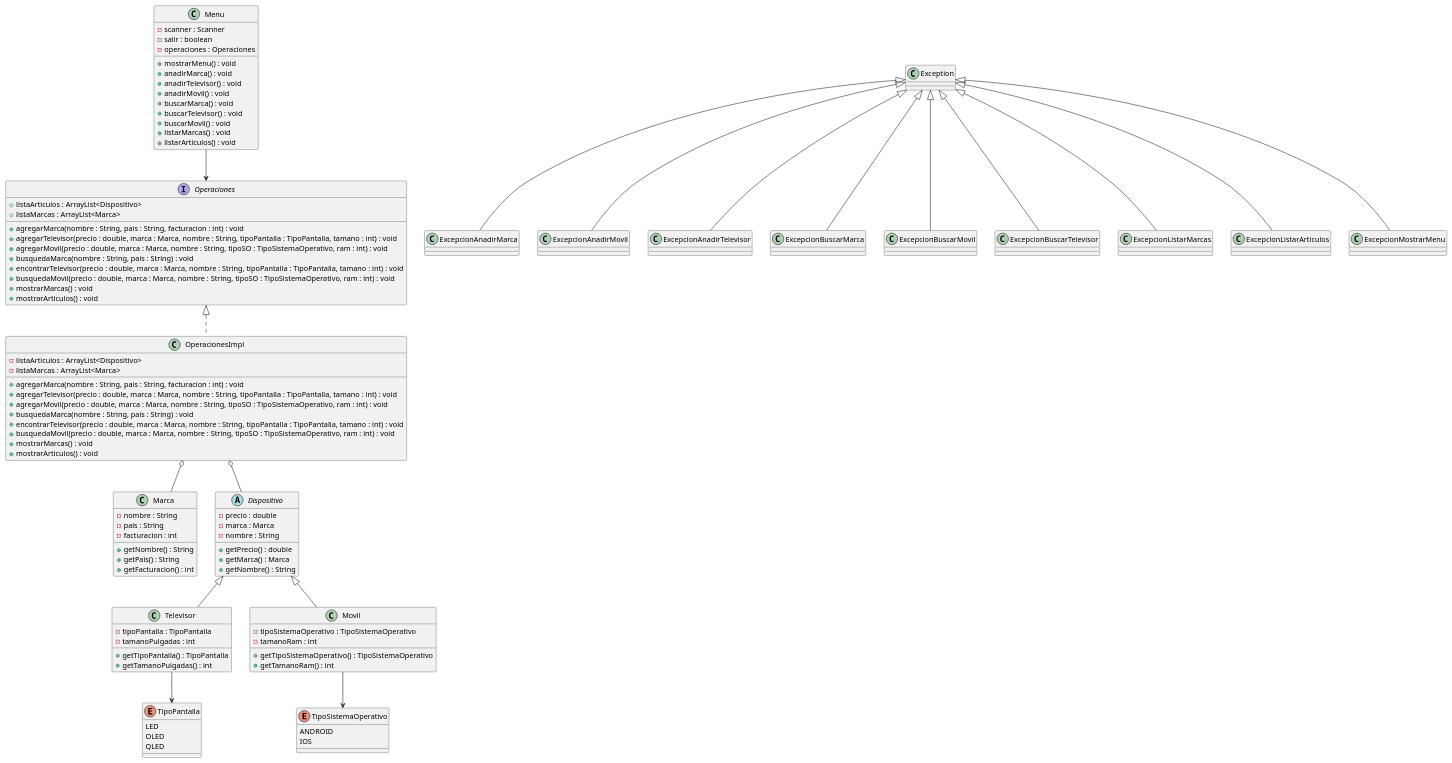
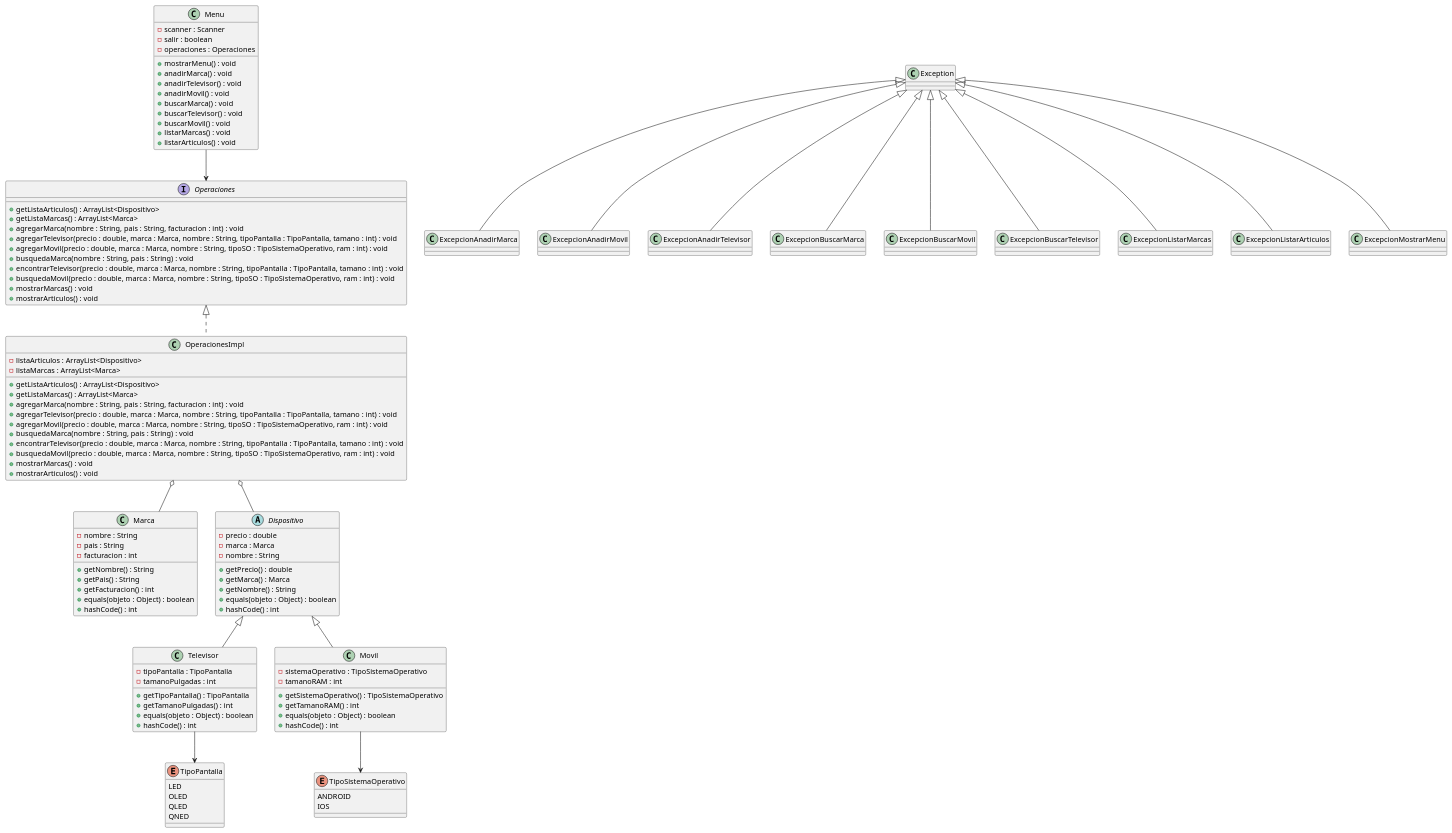
One commit to Gabriel28112005/GabrielPenaPractica2DOO changed the diagram in src/umlDiagram/DiagramaClases.puml. Above: the diagram before and after it, drawn with PlantUML. The commit also changed 8 other files, not shown here.

Commit message:
Fix menu input bugs, implement equals and hashCode, add README

```diff
--- a/src/umlDiagram/DiagramaClases.puml
+++ b/src/umlDiagram/DiagramaClases.puml
@@ -1,108 +1,119 @@
 @startuml
 ' Diagrama de clases del proyecto actualizado
 
 ' Clases principales
 class Menu {
   - scanner : Scanner
   - salir : boolean
   - operaciones : Operaciones
   + mostrarMenu() : void
   + anadirMarca() : void
   + anadirTelevisor() : void
   + anadirMovil() : void
   + buscarMarca() : void
   + buscarTelevisor() : void
   + buscarMovil() : void
   + listarMarcas() : void
   + listarArticulos() : void
 }
 
 interface Operaciones {
-  + listaArticulos : ArrayList<Dispositivo>
-  + listaMarcas : ArrayList<Marca>
+  + getListaArticulos() : ArrayList<Dispositivo>
+  + getListaMarcas() : ArrayList<Marca>
   + agregarMarca(nombre : String, pais : String, facturacion : int) : void
   + agregarTelevisor(precio : double, marca : Marca, nombre : String, tipoPantalla : TipoPantalla, tamano : int) : void
   + agregarMovil(precio : double, marca : Marca, nombre : String, tipoSO : TipoSistemaOperativo, ram : int) : void
   + busquedaMarca(nombre : String, pais : String) : void
   + encontrarTelevisor(precio : double, marca : Marca, nombre : String, tipoPantalla : TipoPantalla, tamano : int) : void
   + busquedaMovil(precio : double, marca : Marca, nombre : String, tipoSO : TipoSistemaOperativo, ram : int) : void
   + mostrarMarcas() : void
   + mostrarArticulos() : void
 }
 
 class OperacionesImpl implements Operaciones {
   - listaArticulos : ArrayList<Dispositivo>
   - listaMarcas : ArrayList<Marca>
+  + getListaArticulos() : ArrayList<Dispositivo>
+  + getListaMarcas() : ArrayList<Marca>
   + agregarMarca(nombre : String, pais : String, facturacion : int) : void
   + agregarTelevisor(precio : double, marca : Marca, nombre : String, tipoPantalla : TipoPantalla, tamano : int) : void
   + agregarMovil(precio : double, marca : Marca, nombre : String, tipoSO : TipoSistemaOperativo, ram : int) : void
   + busquedaMarca(nombre : String, pais : String) : void
   + encontrarTelevisor(precio : double, marca : Marca, nombre : String, tipoPantalla : TipoPantalla, tamano : int) : void
   + busquedaMovil(precio : double, marca : Marca, nombre : String, tipoSO : TipoSistemaOperativo, ram : int) : void
   + mostrarMarcas() : void
   + mostrarArticulos() : void
 }
 
 ' Clases de modelo
 class Marca {
   - nombre : String
   - pais : String
   - facturacion : int
   + getNombre() : String
   + getPais() : String
   + getFacturacion() : int
+  + equals(objeto : Object) : boolean
+  + hashCode() : int
 }
 
 abstract class Dispositivo {
   - precio : double
   - marca : Marca
   - nombre : String
   + getPrecio() : double
   + getMarca() : Marca
   + getNombre() : String
+  + equals(objeto : Object) : boolean
+  + hashCode() : int
 }
 
 class Televisor extends Dispositivo {
   - tipoPantalla : TipoPantalla
   - tamanoPulgadas : int
   + getTipoPantalla() : TipoPantalla
   + getTamanoPulgadas() : int
+  + equals(objeto : Object) : boolean
+  + hashCode() : int
 }
 
 class Movil extends Dispositivo {
-  - tipoSistemaOperativo : TipoSistemaOperativo
-  - tamanoRam : int
-  + getTipoSistemaOperativo() : TipoSistemaOperativo
-  + getTamanoRam() : int
+  - sistemaOperativo : TipoSistemaOperativo
+  - tamanoRAM : int
+  + getSistemaOperativo() : TipoSistemaOperativo
+  + getTamanoRAM() : int
+  + equals(objeto : Object) : boolean
+  + hashCode() : int
 }
 
 ' Enumeraciones
 enum TipoPantalla {
   LED
   OLED
   QLED
+  QNED
 }
 
 enum TipoSistemaOperativo {
   ANDROID
   IOS
 }
 
 ' Excepciones personalizadas
 class ExcepcionAnadirMarca extends Exception
 class ExcepcionAnadirMovil extends Exception
 class ExcepcionAnadirTelevisor extends Exception
 class ExcepcionBuscarMarca extends Exception
 class ExcepcionBuscarMovil extends Exception
 class ExcepcionBuscarTelevisor extends Exception
 class ExcepcionListarMarcas extends Exception
 class ExcepcionListarArticulos extends Exception
 class ExcepcionMostrarMenu extends Exception
 
 ' Relaciones
 Menu --> Operaciones
 OperacionesImpl o-- Dispositivo
 OperacionesImpl o-- Marca
 Televisor --> TipoPantalla
 Movil --> TipoSistemaOperativo
 @enduml
```
